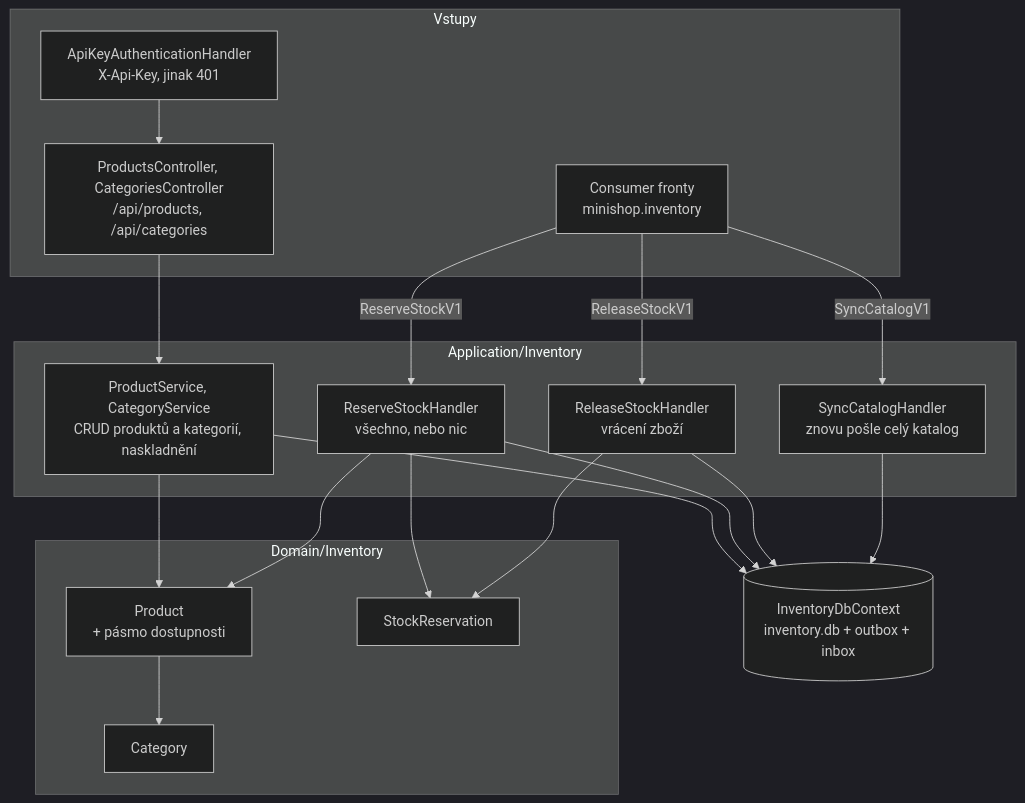
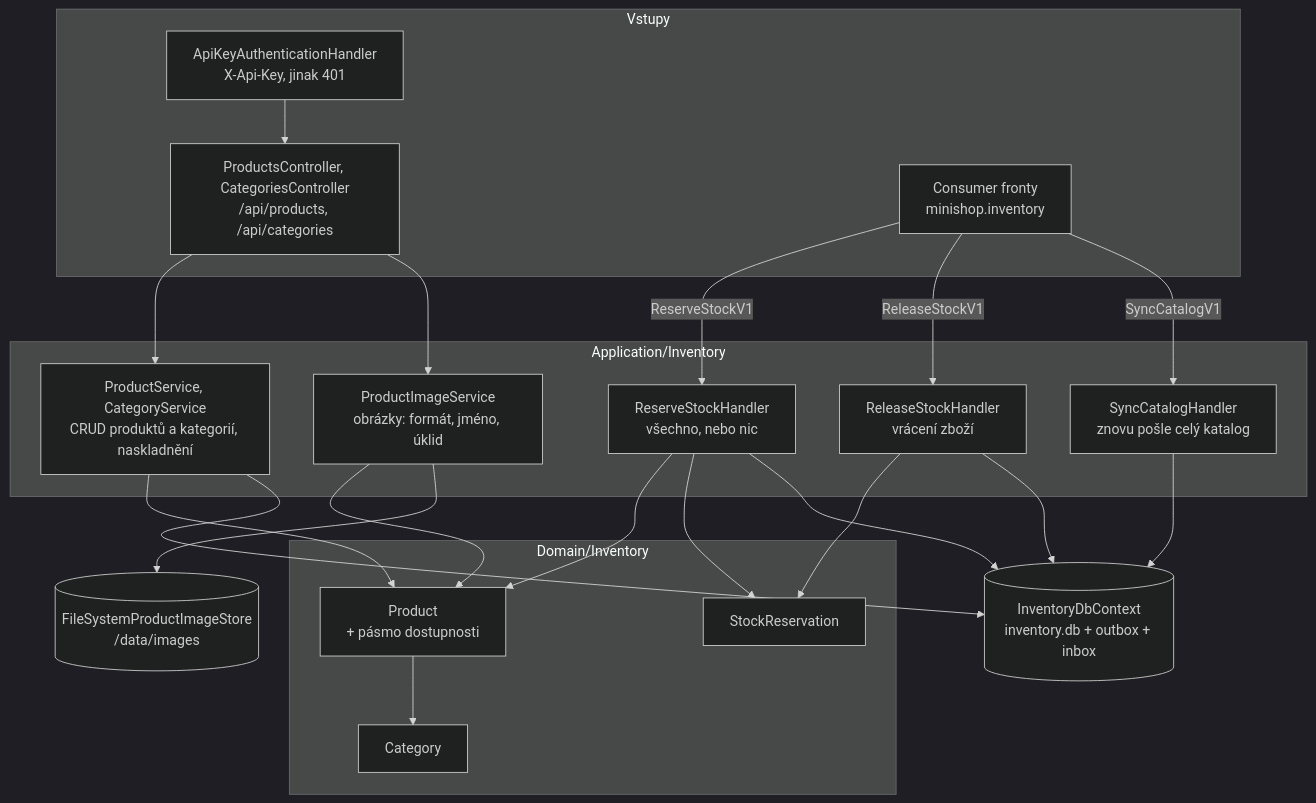
Before and after one commit to ftichy/MiniShop: the diagram in docs/prirucka/architektura/moduly/inventory.md, drawn with Mermaid (dark theme). The commit also changed other lines of this file and 47 other files, not shown here.

````diff
--- a/docs/prirucka/architektura/moduly/inventory.md
+++ b/docs/prirucka/architektura/moduly/inventory.md
@@ -12,45 +12,50 @@
 ```mermaid
 flowchart TB
     subgraph entry["Vstupy"]
         key["ApiKeyAuthenticationHandler<br/>X-Api-Key, jinak 401"]
         rest["ProductsController, CategoriesController<br/>/api/products, /api/categories"]
         consumer["Consumer fronty<br/>minishop.inventory"]
     end
 
     subgraph app["Application/Inventory"]
         svc["ProductService, CategoryService<br/>CRUD produktů a kategorií, naskladnění"]
         reserve["ReserveStockHandler<br/>všechno, nebo nic"]
         release["ReleaseStockHandler<br/>vrácení zboží"]
         syncH["SyncCatalogHandler<br/>znovu pošle celý katalog"]
+        images["ProductImageService<br/>obrázky: formát, jméno, úklid"]
     end
 
     subgraph domain["Domain/Inventory"]
         product["Product<br/>+ pásmo dostupnosti"]
         category["Category"]
         reservation["StockReservation"]
     end
 
     db[("InventoryDbContext<br/>inventory.db + outbox + inbox")]
+    files[("FileSystemProductImageStore<br/>/data/images")]
 
     key --> rest
     rest --> svc
+    rest --> images
+    images --> product
+    images --> files
     consumer -->|ReserveStockV1| reserve
     consumer -->|ReleaseStockV1| release
     consumer -->|SyncCatalogV1| syncH
     svc --> product
     product --> category
     reserve --> product
     reserve --> reservation
     release --> reservation
     svc --> db
     reserve --> db
     release --> db
     syncH --> db
 
     click reserve "/Docs/toky/vytvoreni-objednavky"
     click release "/Docs/toky/zruseni-a-vyrizeni"
     click syncH "/Docs/toky/obnova-katalogu"
     click db "/Docs/eda/outbox"
     click consumer "/Docs/eda/broker"
     click svc "/Docs/toky/zmena-produktu"
 ```
````
